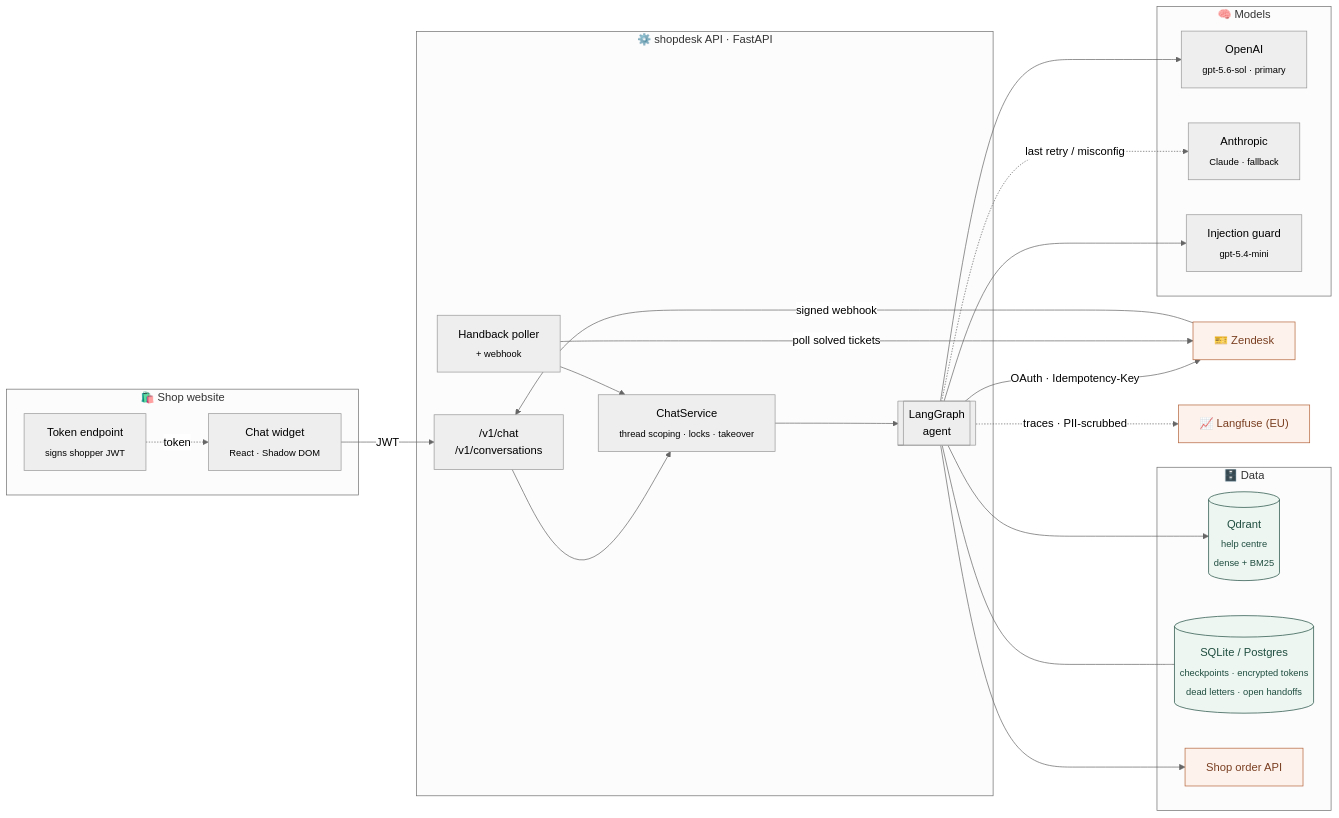
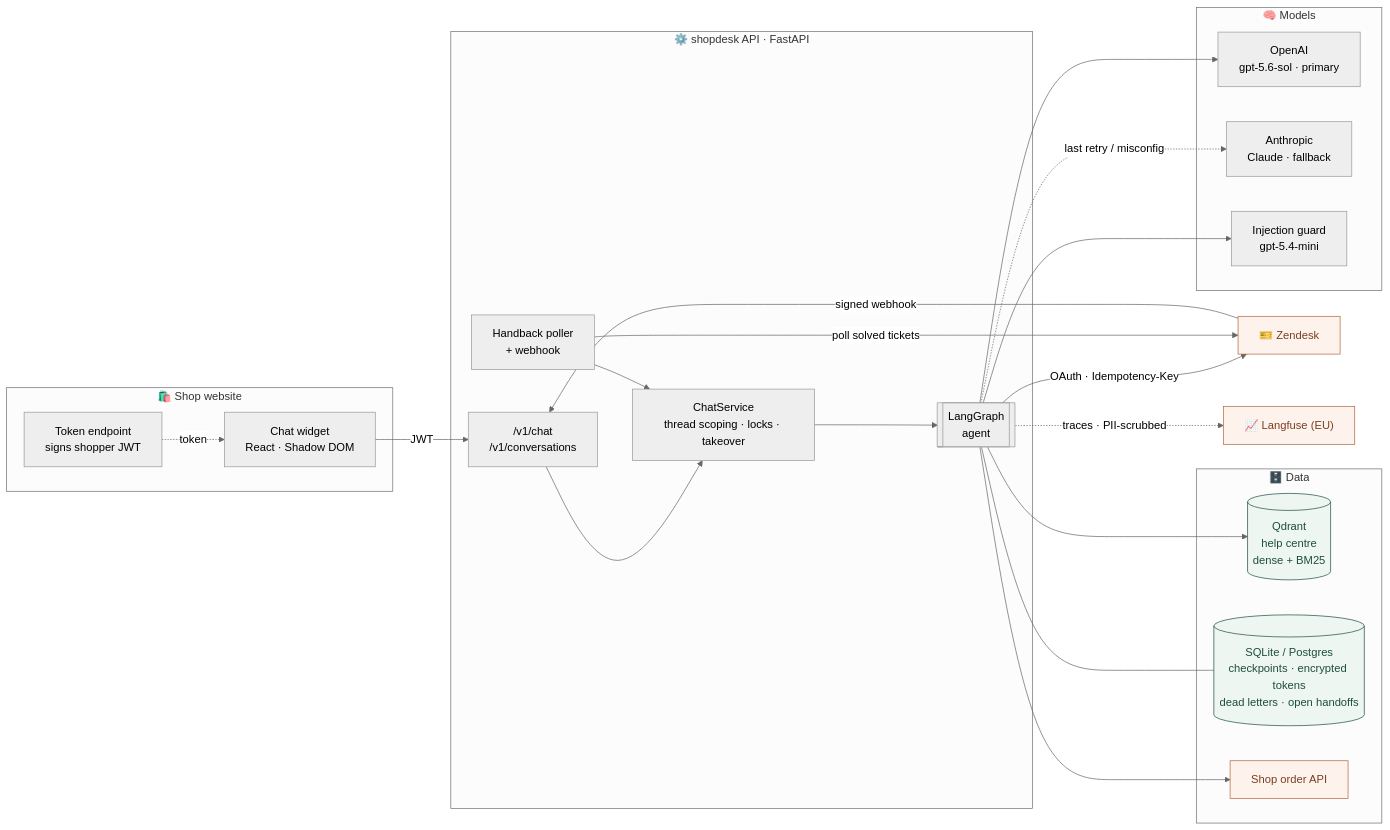
The first of 4 diagrams in README.md (AICODER009/shopdesk), drawn with Mermaid (neutral theme) before and after one commit. The commit also changed other lines of this file and 7 other files, not shown here.

First line of the commit message:
Add architecture and running guides, Docker Compose stack, SQLite storage

````diff
--- a/README.md
+++ b/README.md
@@ -65,49 +67,49 @@
 ```mermaid
 flowchart LR
     subgraph Shop["🛍️ Shop website"]
-        W["Chat widget<br/><sub>React · Shadow DOM</sub>"]
-        T["Token endpoint<br/><sub>signs shopper JWT</sub>"]
+        W["Chat widget<br/>React · Shadow DOM"]
+        T["Token endpoint<br/>signs shopper JWT"]
     end
 
     subgraph API["⚙️ shopdesk API · FastAPI"]
         R["/v1/chat<br/>/v1/conversations"]
-        S["ChatService<br/><sub>thread scoping · locks · takeover</sub>"]
+        S["ChatService<br/>thread scoping · locks · takeover"]
         G[["LangGraph<br/>agent"]]
-        H["Handback poller<br/><sub>+ webhook</sub>"]
+        H["Handback poller<br/>+ webhook"]
     end
 
     subgraph AI["🧠 Models"]
-        O["OpenAI<br/><sub>gpt-5.6-sol · primary</sub>"]
-        A["Anthropic<br/><sub>Claude · fallback</sub>"]
-        GD["Injection guard<br/><sub>gpt-5.4-mini</sub>"]
+        O["OpenAI<br/>gpt-5.6-sol · primary"]
+        A["Anthropic<br/>Claude · fallback"]
+        GD["Injection guard<br/>gpt-5.4-mini"]
     end
 
     subgraph Data["🗄️ Data"]
-        Q[("Qdrant<br/><sub>help centre<br/>dense + BM25</sub>")]
-        DB[("SQLite / Postgres<br/><sub>checkpoints · encrypted tokens<br/>dead letters · open handoffs</sub>")]
+        Q[("Qdrant<br/>help centre<br/>dense + BM25")]
+        DB[("SQLite / Postgres<br/>checkpoints · encrypted tokens<br/>dead letters · open handoffs")]
         C["Shop order API"]
     end
 
     Z["🎫 Zendesk"]
     L["📈 Langfuse (EU)"]
 
     W -- "JWT" --> R
     T -. "token" .-> W
     R --> S --> G
     G --> GD
     G --> O
     G -. "last retry / misconfig" .-> A
     G --> Q
     G --> C
     G -- "OAuth · Idempotency-Key" --> Z
     Z -- "signed webhook" --> R
     H -- "poll solved tickets" --> Z
     H --> S
     G --- DB
     G -. "traces · PII-scrubbed" .-> L
 
     classDef store fill:#eef6f2,stroke:#1f4d3f,color:#1f4d3f
     classDef ext fill:#fdf3ec,stroke:#b5653d,color:#7a3f22
     class Q,DB store
     class Z,L,C ext
 ```
````
